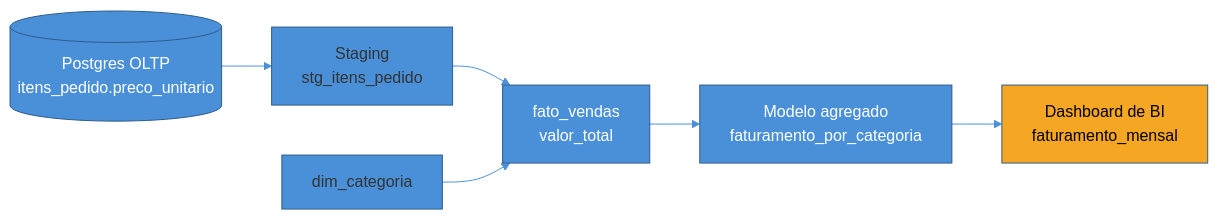
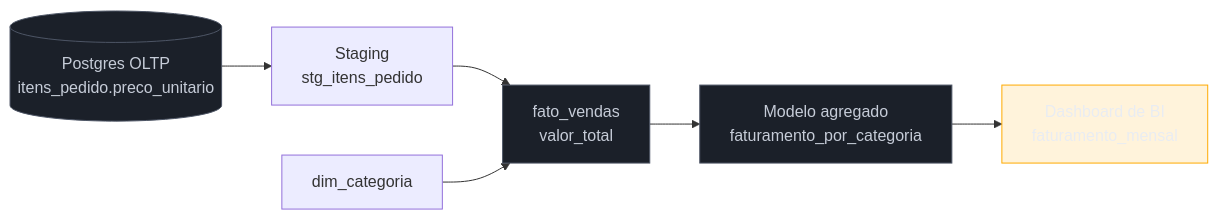
One commit to josenaldo/codex-technomanticus changed the diagram in 03-Dominios/Engenharia/Dados/4 - Qualidade, governança e organização/03 - Governança, catálogo e lineage.md. Above: the diagram before and after it, drawn with Mermaid. The commit also changed 1181 other files, not shown here.

First line of the commit message:
fix(diagramas): paleta do sistema no lugar de cor cravada no markdown

````diff
--- a/03-Dominios/Engenharia/Dados/4 - Qualidade, governança e organização/03 - Governança, catálogo e lineage.md
+++ b/03-Dominios/Engenharia/Dados/4 - Qualidade, governança e organização/03 - Governança, catálogo e lineage.md
@@ -100,14 +100,15 @@
 ```mermaid
-%%{init: {"theme": "base", "themeVariables": {"primaryColor": "#4A90D9", "primaryBorderColor": "#2E5C8A", "lineColor": "#4A90D9"}}}%%
 graph LR
+    classDef neutro fill:#1B2029,stroke:#4E5666,color:#C6CCD8
+    classDef destaque fill:#FFAA0024,stroke:#FFAA00,color:#E9ECF2
     PG[("Postgres OLTP<br/>itens_pedido.preco_unitario")] --> STG["Staging<br/>stg_itens_pedido"]
     STG --> FATO["fato_vendas<br/>valor_total"]
     DIM["dim_categoria"] --> FATO
     FATO --> AGG["Modelo agregado<br/>faturamento_por_categoria"]
     AGG --> BI["Dashboard de BI<br/>faturamento_mensal"]
 
-    style PG fill:#4A90D9,color:#fff
-    style FATO fill:#4A90D9,color:#fff
-    style AGG fill:#4A90D9,color:#fff
-    style BI fill:#F5A623,color:#000
+    class PG neutro
+    class FATO neutro
+    class AGG neutro
+    class BI destaque
 ```
````
